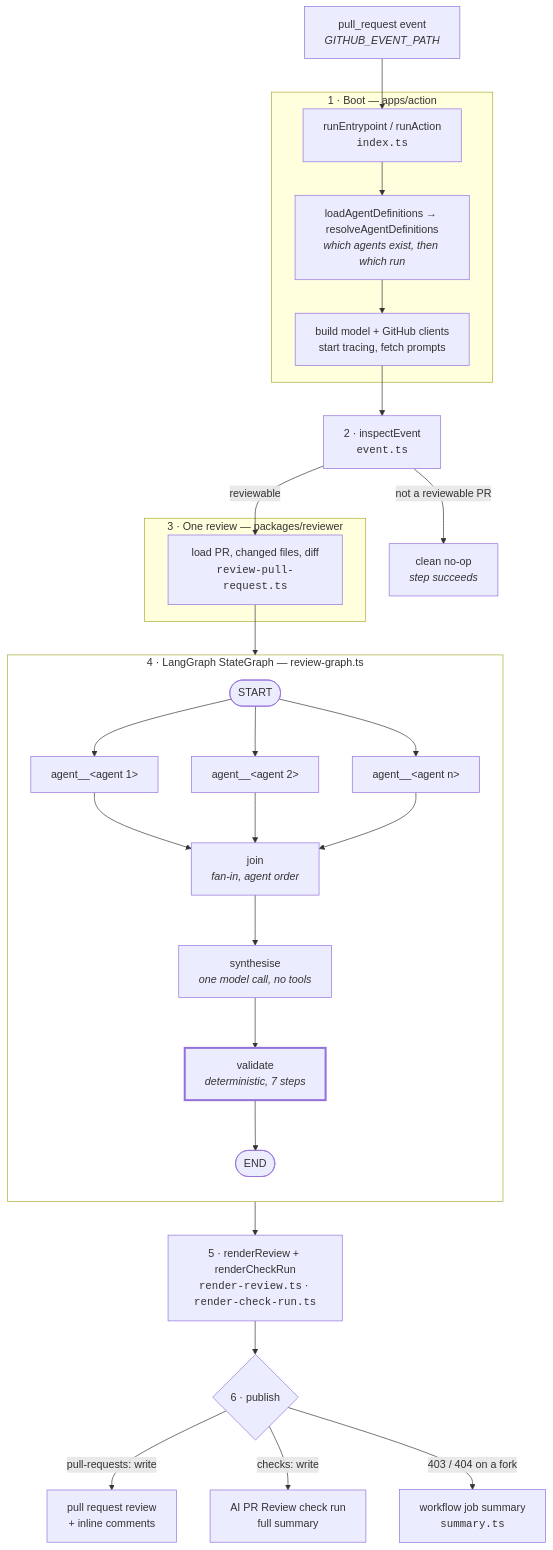
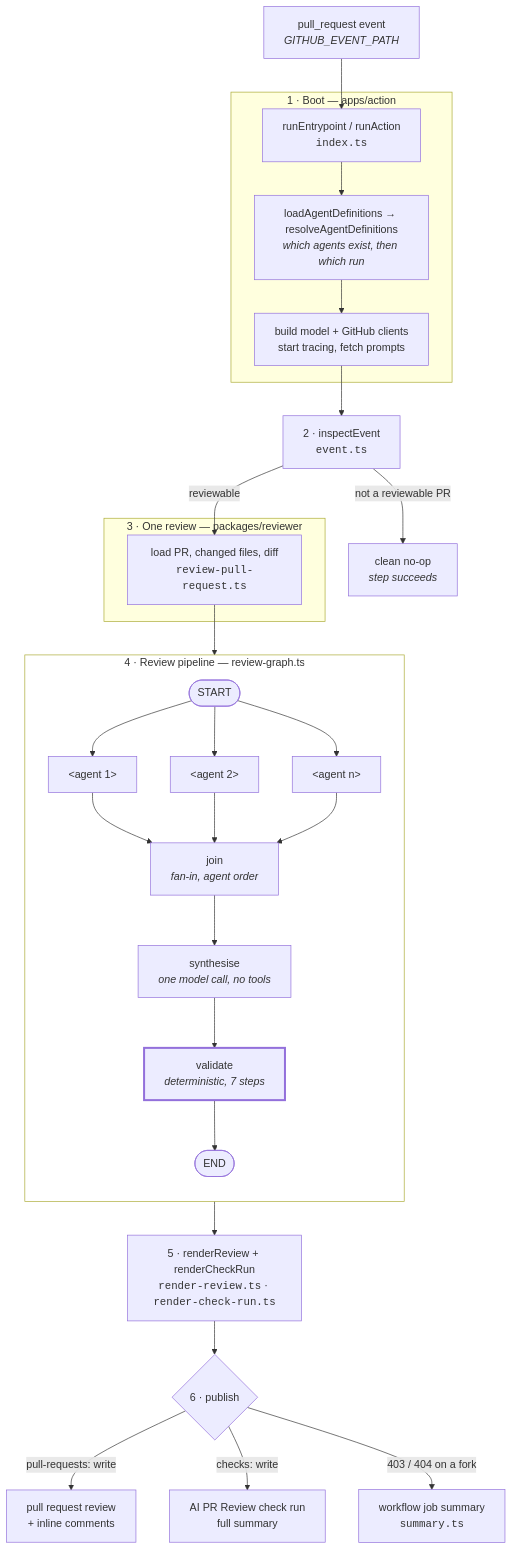
One commit to sunnyeyles/pr-review-agents changed the diagram in docs/agent-flow.md. Above: the diagram before and after it, drawn with Mermaid. The commit also changed other lines of this file and 7 other files, not shown here.

````diff
--- a/docs/agent-flow.md
+++ b/docs/agent-flow.md
@@ -19,43 +19,43 @@
 ```mermaid
 flowchart TD
     EVENT["pull_request event<br/><i>GITHUB_EVENT_PATH</i>"] --> ENTRY
 
     subgraph BOOT["1 · Boot — apps/action"]
         ENTRY["runEntrypoint / runAction<br/><code>index.ts</code>"]
         ENTRY --> AGENT["loadAgentDefinitions → resolveAgentDefinitions<br/><i>which agents exist, then which run</i>"]
         AGENT --> CLIENTS["build model + GitHub clients<br/>start tracing, fetch prompts"]
     end
 
     CLIENTS --> INSPECT["2 · inspectEvent<br/><code>event.ts</code>"]
     INSPECT -->|not a reviewable PR| NOOP["clean no-op<br/><i>step succeeds</i>"]
     INSPECT -->|reviewable| LOAD
 
     subgraph REVIEW["3 · One review — packages/reviewer"]
         LOAD["load PR, changed files, diff<br/><code>review-pull-request.ts</code>"]
     end
 
     LOAD --> GRAPH
 
-    subgraph GRAPH["4 · LangGraph StateGraph — review-graph.ts"]
+    subgraph GRAPH["4 · Review pipeline — review-graph.ts"]
         direction TB
         START(["START"])
-        START --> A1["agent__&lt;agent 1&gt;"]
-        START --> A2["agent__&lt;agent 2&gt;"]
-        START --> A3["agent__&lt;agent n&gt;"]
+        START --> A1["&lt;agent 1&gt;"]
+        START --> A2["&lt;agent 2&gt;"]
+        START --> A3["&lt;agent n&gt;"]
         A1 --> JOIN["join<br/><i>fan-in, agent order</i>"]
         A2 --> JOIN
         A3 --> JOIN
         JOIN --> SYNTH["synthesise<br/><i>one model call, no tools</i>"]
         SYNTH --> VAL["validate<br/><i>deterministic, 7 steps</i>"]
         VAL --> ENDN(["END"])
     end
 
     GRAPH --> RENDER["5 · renderReview + renderCheckRun<br/><code>render-review.ts</code> · <code>render-check-run.ts</code>"]
     RENDER --> PUB{"6 · publish"}
     PUB -->|pull-requests: write| COMMENTS["pull request review<br/>+ inline comments"]
     PUB -->|checks: write| CHECK["AI PR Review check run<br/>full summary"]
     PUB -->|403 / 404 on a fork| SUM["workflow job summary<br/><code>summary.ts</code>"]
 
     style GRAPH fill:transparent
     style VAL stroke-width:3px
 ```
````
